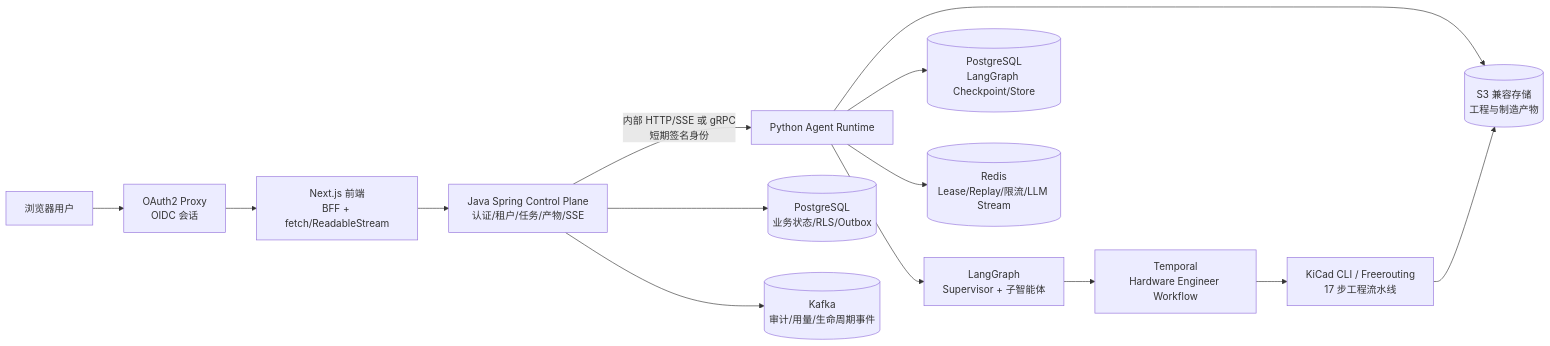
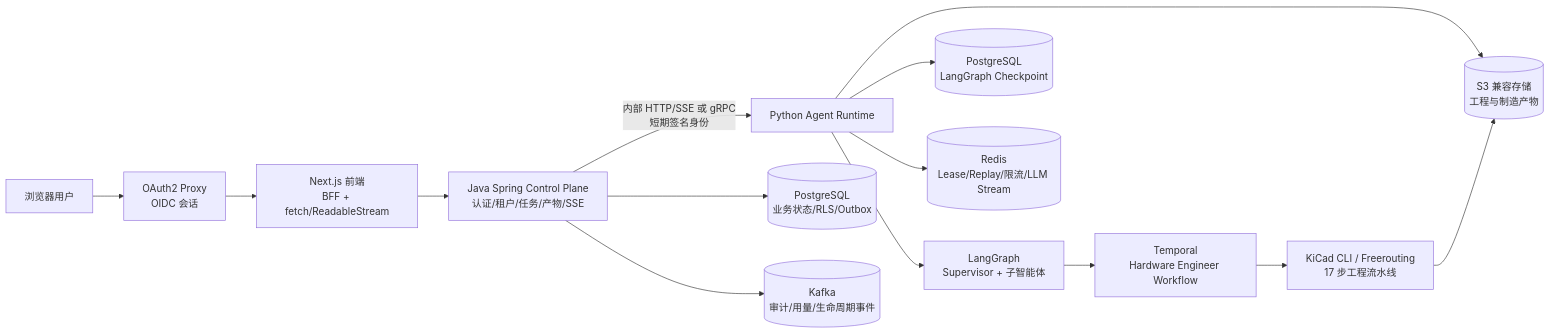
Before and after one commit to BruceZhq/kicad-design-multi-agent-system: the first of 5 diagrams in README.md, drawn with Mermaid. The commit also changed other lines of this file and 29 other files, not shown here.

````diff
--- a/README.md
+++ b/README.md
@@ -24,16 +24,16 @@
 ```mermaid
 flowchart LR
     U[浏览器用户] --> P[OAuth2 Proxy\nOIDC 会话]
     P --> F[Next.js 前端\nBFF + fetch/ReadableStream]
     F --> J[Java Spring Control Plane\n认证/租户/任务/产物/SSE]
     J -->|内部 HTTP/SSE 或 gRPC\n短期签名身份| R[Python Agent Runtime]
     R --> L[LangGraph\nSupervisor + 子智能体]
     L --> T[Temporal\nHardware Engineer Workflow]
     T --> K[KiCad CLI / Freerouting\n17 步工程流水线]
     J --> PG[(PostgreSQL\n业务状态/RLS/Outbox)]
-    R --> CP[(PostgreSQL\nLangGraph Checkpoint/Store)]
+    R --> CP[(PostgreSQL\nLangGraph Checkpoint)]
     R --> RD[(Redis\nLease/Replay/限流/LLM Stream)]
     J --> KF[(Kafka\n审计/用量/生命周期事件)]
     R --> S3[(S3 兼容存储\n工程与制造产物)]
     K --> S3
 ```
````
